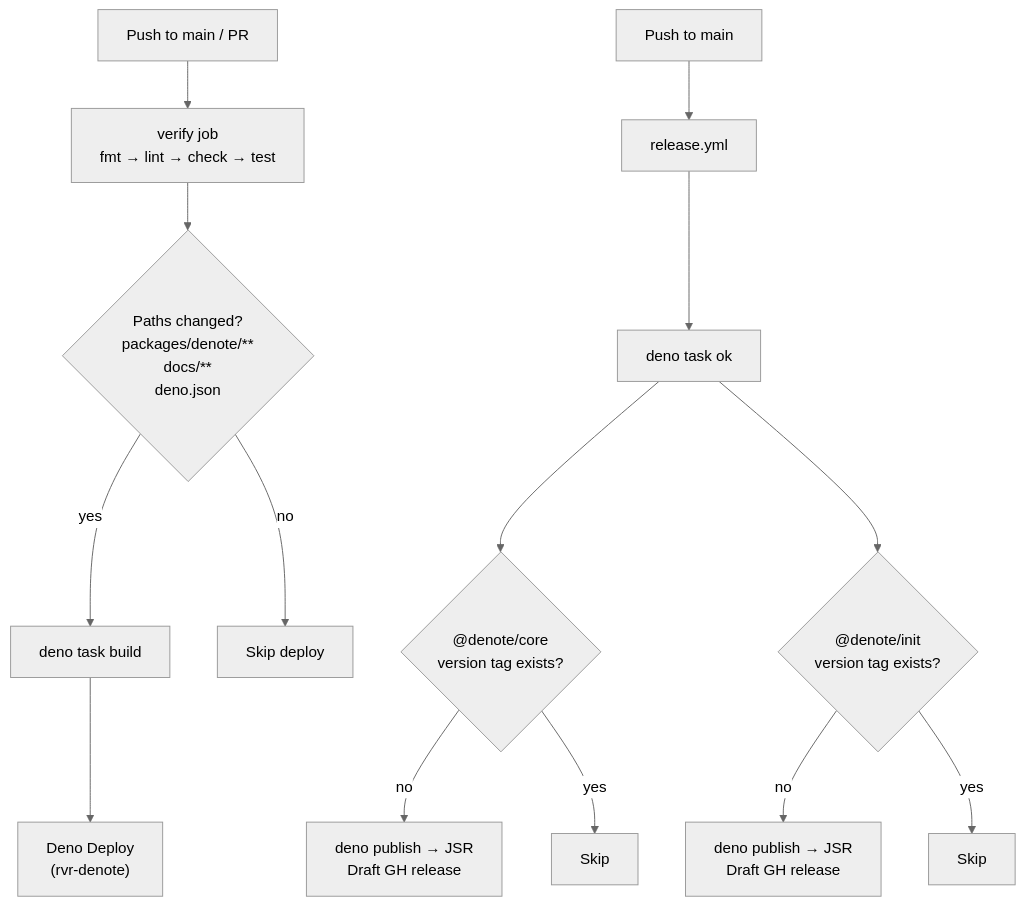
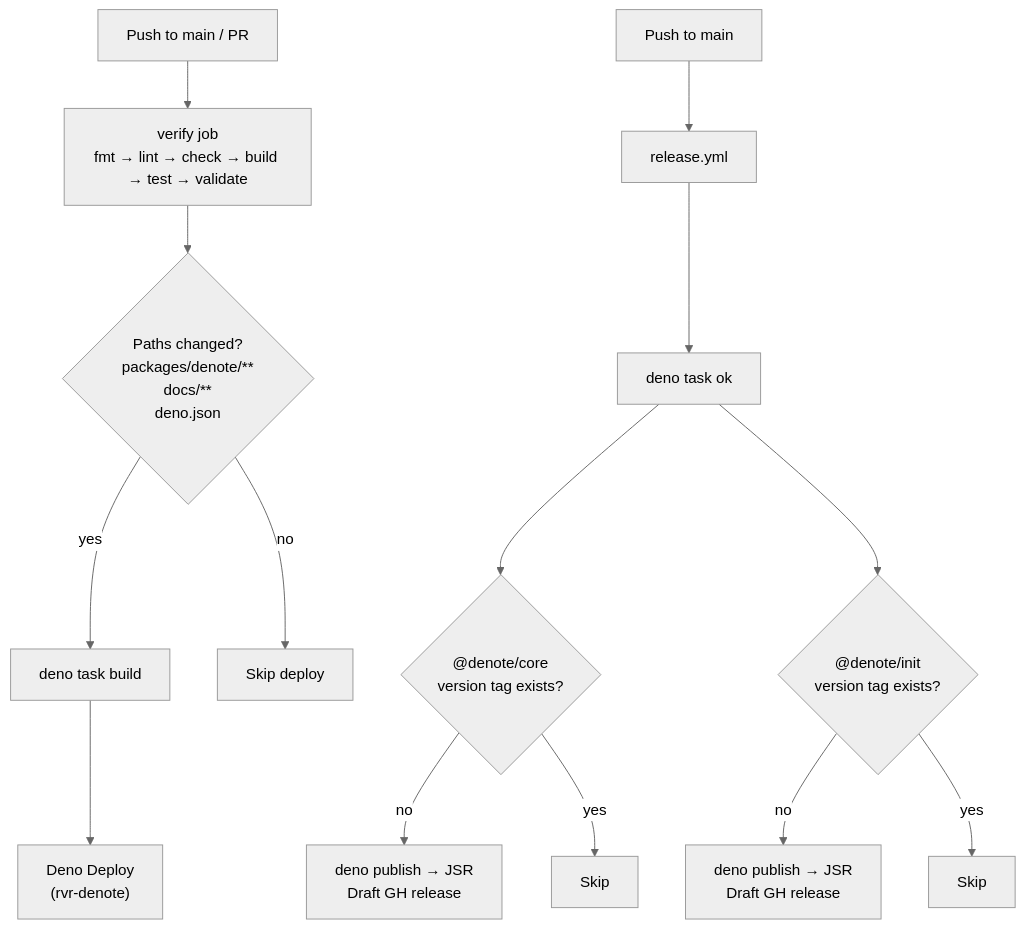
One commit to deer/denote changed the seventh of 7 diagrams in docs/CODEBASE_MAP.md. Above: the diagram before and after it, drawn with Mermaid (neutral theme). The commit also changed other lines of this file and 3 other files, not shown here.

````diff
--- a/docs/CODEBASE_MAP.md
+++ b/docs/CODEBASE_MAP.md
@@ -426,17 +508,17 @@
 ```mermaid
 graph TD
-    Push["Push to main / PR"] --> Verify["verify job<br/>fmt → lint → check → test"]
+    Push["Push to main / PR"] --> Verify["verify job<br/>fmt → lint → check → build → test → validate"]
     Verify --> PathFilter{"Paths changed?<br/>packages/denote/**<br/>docs/**<br/>deno.json"}
     PathFilter -->|yes| Build["deno task build"]
     Build --> Deploy["Deno Deploy<br/>(rvr-denote)"]
     PathFilter -->|no| Skip["Skip deploy"]
 
     Push2["Push to main"] --> Release["release.yml"]
     Release --> VerifyOk["deno task ok"]
     VerifyOk --> CheckCore{"@denote/core<br/>version tag exists?"}
     CheckCore -->|no| PublishCore["deno publish → JSR<br/>Draft GH release"]
     CheckCore -->|yes| SkipCore["Skip"]
     VerifyOk --> CheckInit{"@denote/init<br/>version tag exists?"}
     CheckInit -->|no| PublishInit["deno publish → JSR<br/>Draft GH release"]
     CheckInit -->|yes| SkipInit["Skip"]
 ```
````
